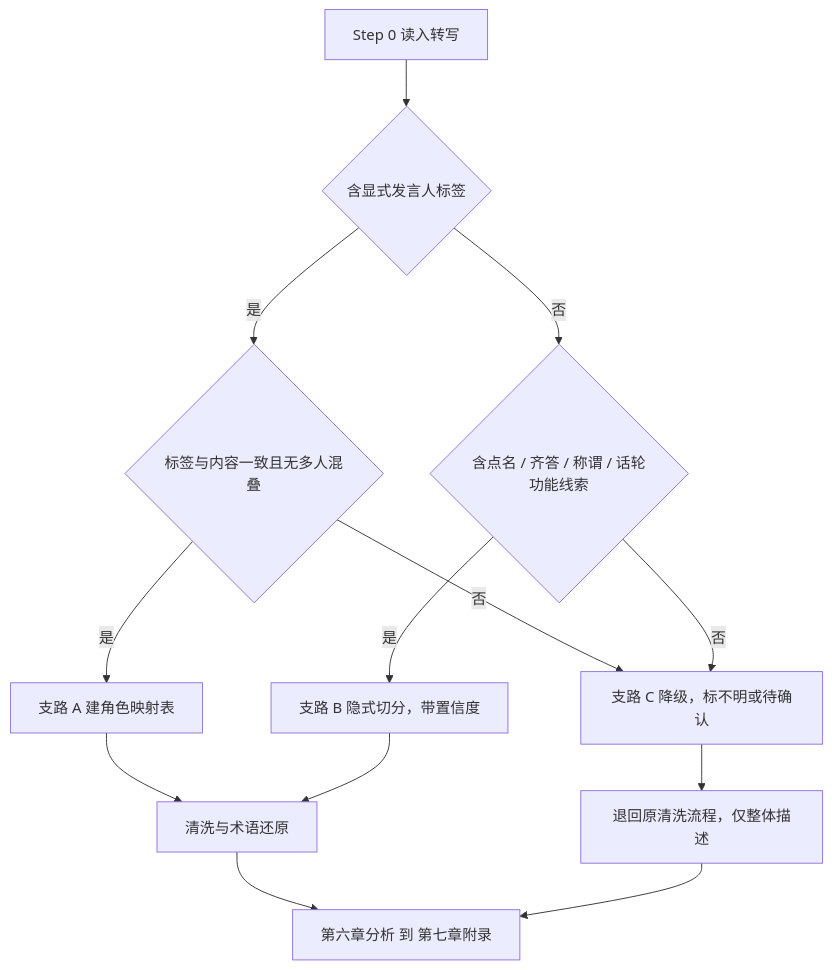
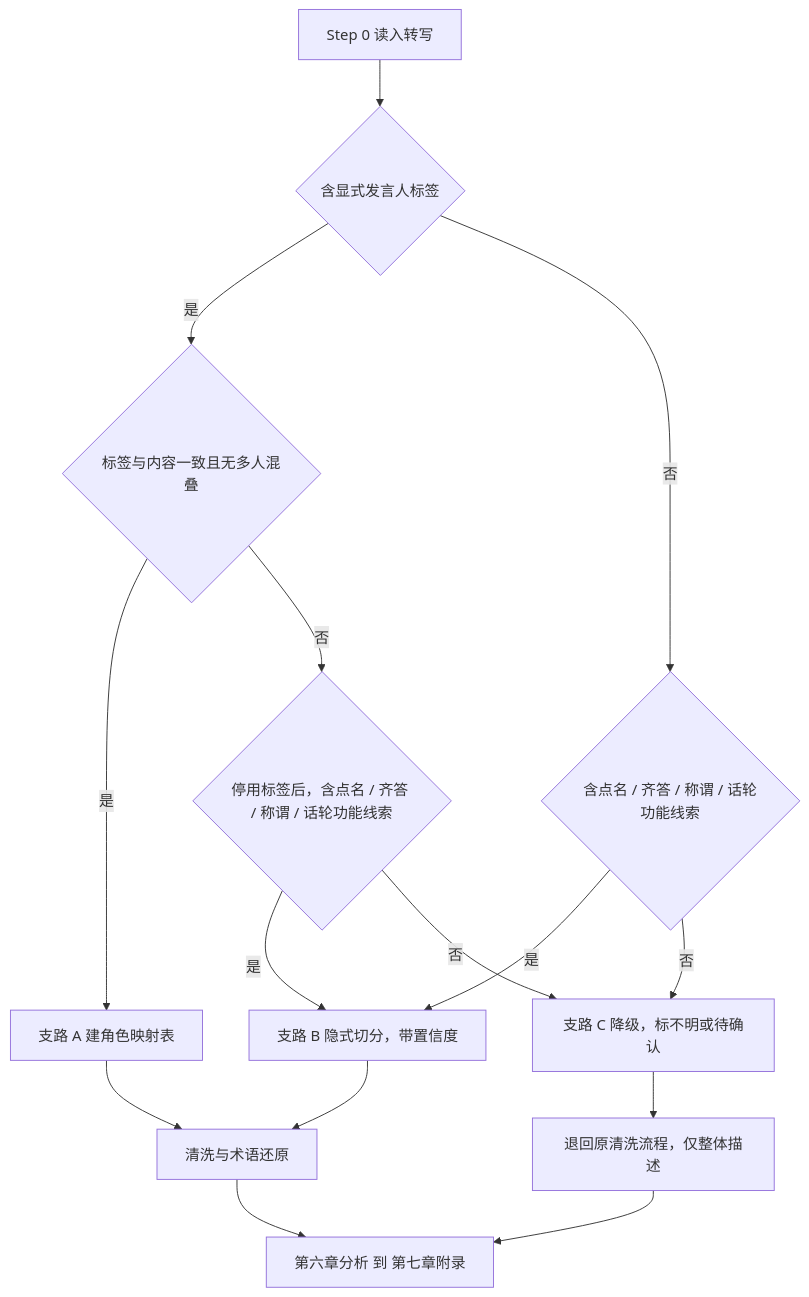
Before and after one commit to tanghua-git/skill-class-observe-eval: the diagram in references/speaker_diarization.md, drawn with Mermaid. The commit also changed other lines of this file, not shown here.

````diff
--- a/references/speaker_diarization.md
+++ b/references/speaker_diarization.md
@@ -28,15 +30,17 @@
 ```mermaid
 flowchart TD
   S["Step 0 读入转写"] --> Q1{"含显式发言人标签"}
   Q1 -->|是| Q2{"标签与内容一致且无多人混叠"}
   Q1 -->|否| Q3{"含点名 / 齐答 / 称谓 / 话轮功能线索"}
   Q2 -->|是| A["支路 A 建角色映射表"]
-  Q2 -->|否| C["支路 C 降级，标不明或待确认"]
+  Q2 -->|否| Q4{"停用标签后，含点名 / 齐答 / 称谓 / 话轮功能线索"}
   Q3 -->|是| B["支路 B 隐式切分，带置信度"]
-  Q3 -->|否| C
+  Q3 -->|否| C["支路 C 降级，标不明或待确认"]
+  Q4 -->|是| B
+  Q4 -->|否| C
   A --> D["清洗与术语还原"]
   B --> D
   D --> F["第六章分析 到 第七章附录"]
   C --> E["退回原清洗流程，仅整体描述"]
   E --> F
 ```
````
